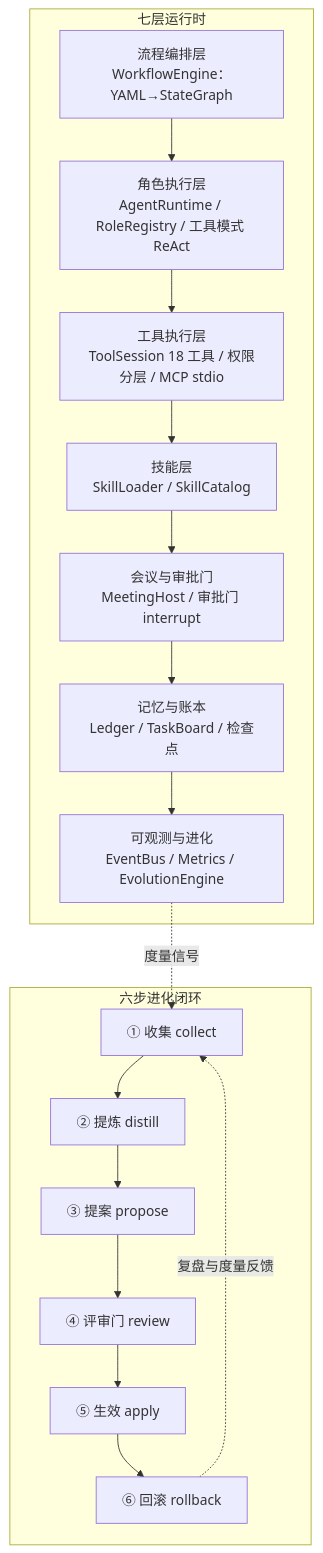
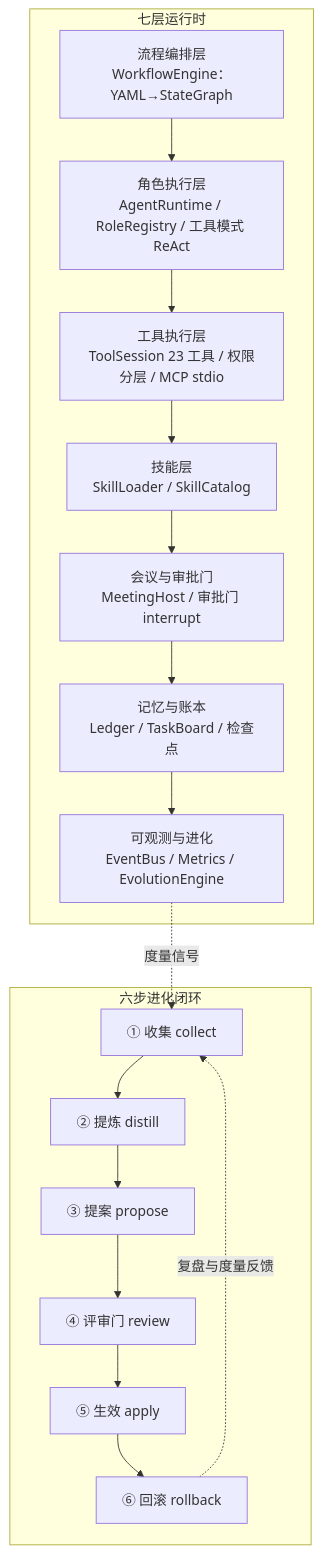
One commit to Natsummerance/agent-cluster-runtime changed the diagram in docs/PRODUCT.md. Above: the diagram before and after it, drawn with Mermaid. The commit also changed other lines of this file and 5 other files, not shown here.

````diff
--- a/docs/PRODUCT.md
+++ b/docs/PRODUCT.md
@@ -69,21 +82,21 @@
 ```mermaid
 flowchart TD
     subgraph 七层运行时
         P1[流程编排层<br/>WorkflowEngine：YAML→StateGraph]
         P2[角色执行层<br/>AgentRuntime / RoleRegistry / 工具模式 ReAct]
-        P3[工具执行层<br/>ToolSession 18 工具 / 权限分层 / MCP stdio]
+        P3[工具执行层<br/>ToolSession 23 工具 / 权限分层 / MCP stdio]
         P4[技能层<br/>SkillLoader / SkillCatalog]
         P5[会议与审批门<br/>MeetingHost / 审批门 interrupt]
         P6[记忆与账本<br/>Ledger / TaskBoard / 检查点]
         P7[可观测与进化<br/>EventBus / Metrics / EvolutionEngine]
     end
 
     subgraph 六步进化闭环
         E1[① 收集 collect] --> E2[② 提炼 distill] --> E3[③ 提案 propose]
         E3 --> E4[④ 评审门 review] --> E5[⑤ 生效 apply] --> E6[⑥ 回滚 rollback]
         E6 -. 复盘与度量反馈 .-> E1
     end
 
     P1 --> P2 --> P3 --> P4 --> P5 --> P6 --> P7
     P7 -. 度量信号 .-> E1
 ```
````
